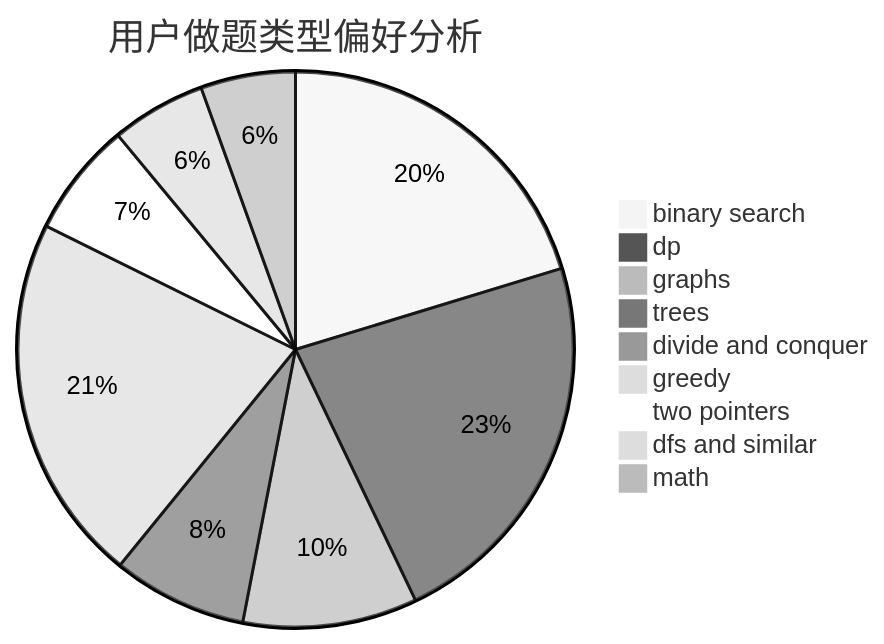
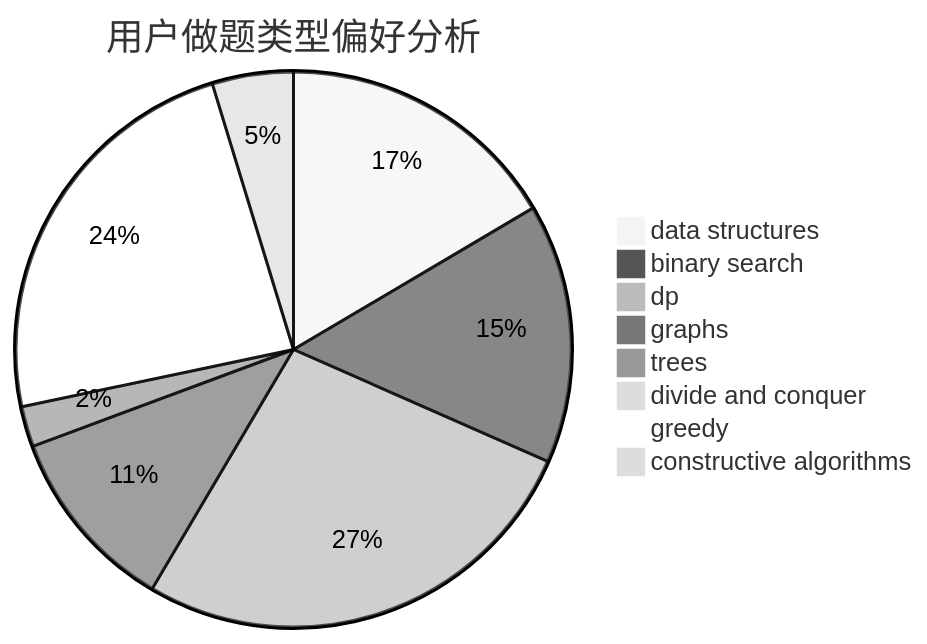
Before and after one commit to sherpahu/cfrs.github.io: the second of 3 diagrams in docs/user/u542.md, drawn with Mermaid (neutral theme). The commit also changed other lines of this file and 2775 other files, not shown here.

````diff
--- a/docs/user/u542.md
+++ b/docs/user/u542.md
@@ -23,12 +23,11 @@
 ```mermaid
 pie title 用户做题类型偏好分析
-    "binary search" :  70
-    "dp" :  78
-    "graphs" :  35
-    "trees" :  27
+    "data structures" :  35
+    "binary search" :  32
+    "dp" :  57
+    "graphs" :  23
+    "trees" :  5
     "divide and conquer" :  0
-    "greedy" :  74
-    "two pointers" :  23
-    "dfs and similar" :  19
-    "math" :  19
+    "greedy" :  50
+    "constructive algorithms" :  10
 ```
````
